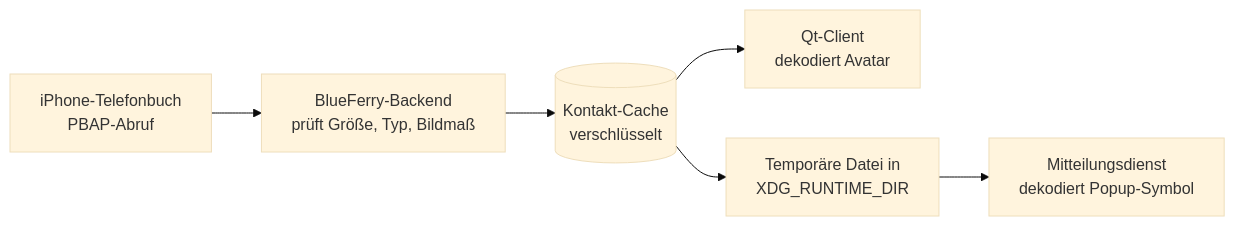
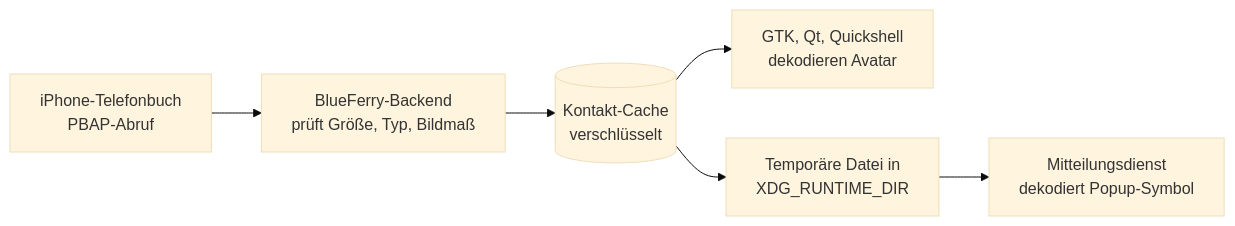
The diagram in docs/de/user/contact-photos.md (erikwb/blueferry), drawn with Mermaid (base theme) before and after one commit. The commit also changed other lines of this file and 16 other files, not shown here.

First line of the commit message:
Show contact photos in GTK and Quickshell (#223)

````diff
--- a/docs/de/user/contact-photos.md
+++ b/docs/de/user/contact-photos.md
@@ -13,8 +13,8 @@
 ```mermaid
 flowchart LR
     A[iPhone-Telefonbuch<br/>PBAP-Abruf] --> B[BlueFerry-Backend<br/>prüft Größe, Typ, Bildmaß]
     B --> C[(Kontakt-Cache<br/>verschlüsselt)]
-    C --> D[Qt-Client<br/>dekodiert Avatar]
+    C --> D[GTK, Qt, Quickshell<br/>dekodieren Avatar]
     C --> E[Temporäre Datei in<br/>XDG_RUNTIME_DIR]
     E --> F[Mitteilungsdienst<br/>dekodiert Popup-Symbol]
 ```
````
